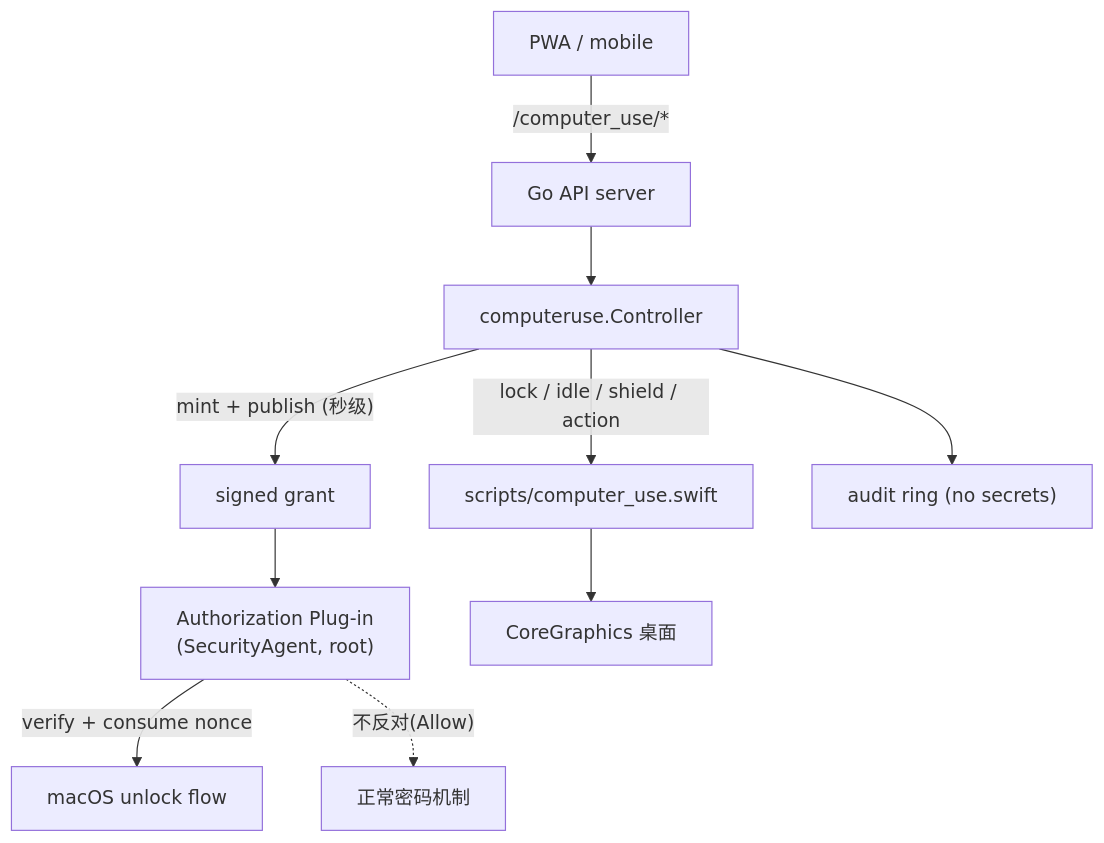
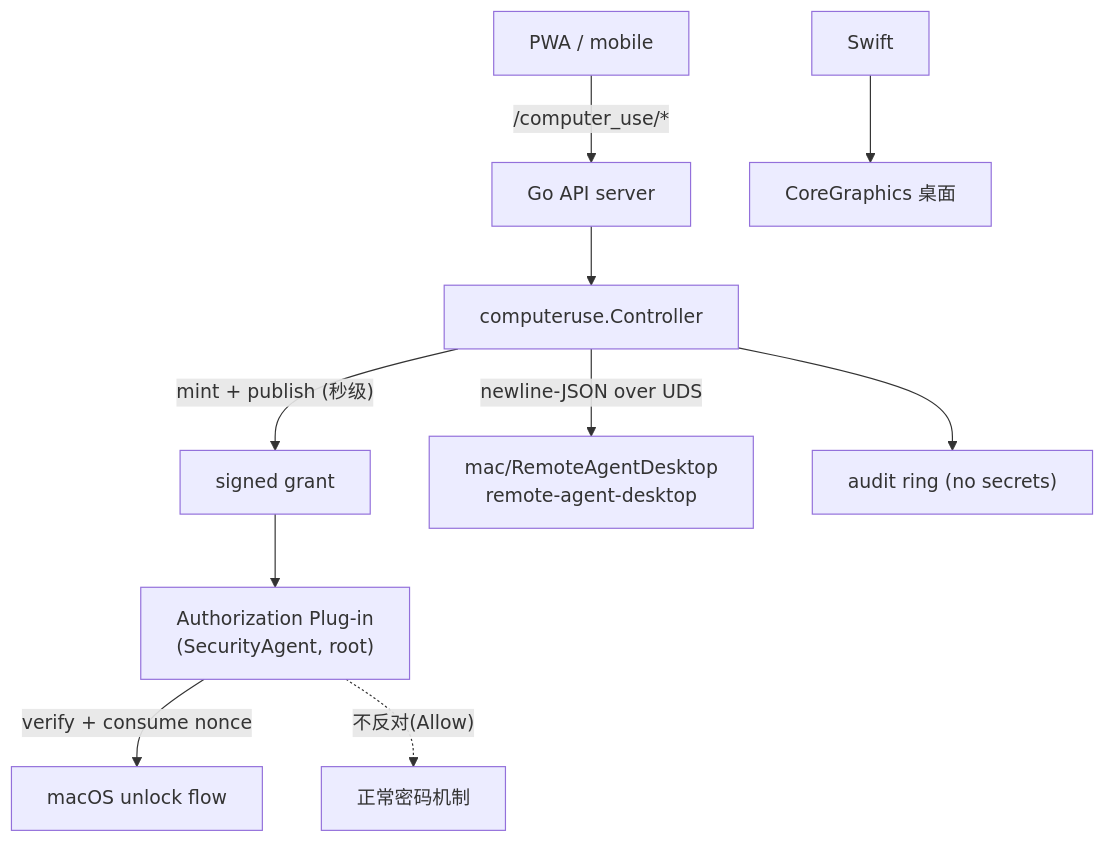
One commit to psyche08/remote-agent changed the first of 2 diagrams in docs/computer-use-locked-user.md. Above: the diagram before and after it, drawn with Mermaid. The commit also changed other lines of this file and 15 other files, not shown here.

First line of the commit message:
build(mac): ship the desktop helper inside the agent binary

````diff
--- a/docs/computer-use-locked-user.md
+++ b/docs/computer-use-locked-user.md
@@ -31,15 +31,15 @@
 ```mermaid
 flowchart TB
     PWA["PWA / mobile"] -->|"/computer_use/*"| API["Go API server"]
     API --> Ctl["computeruse.Controller"]
 
     Ctl -->|"mint + publish (秒级)"| Grant["signed grant"]
     Grant --> Plugin["Authorization Plug-in<br/>(SecurityAgent, root)"]
     Plugin -->|"verify + consume nonce"| Unlock["macOS unlock flow"]
     Plugin -.->|"不反对(Allow)"| Password["正常密码机制"]
 
-    Ctl -->|"lock / idle / shield / action"| Swift["scripts/computer_use.swift"]
+    Ctl -->|"newline-JSON over UDS"| Helper["mac/RemoteAgentDesktop<br/>remote-agent-desktop"]
     Swift --> Desktop["CoreGraphics 桌面"]
 
     Ctl --> Audit["audit ring (no secrets)"]
 ```
````
